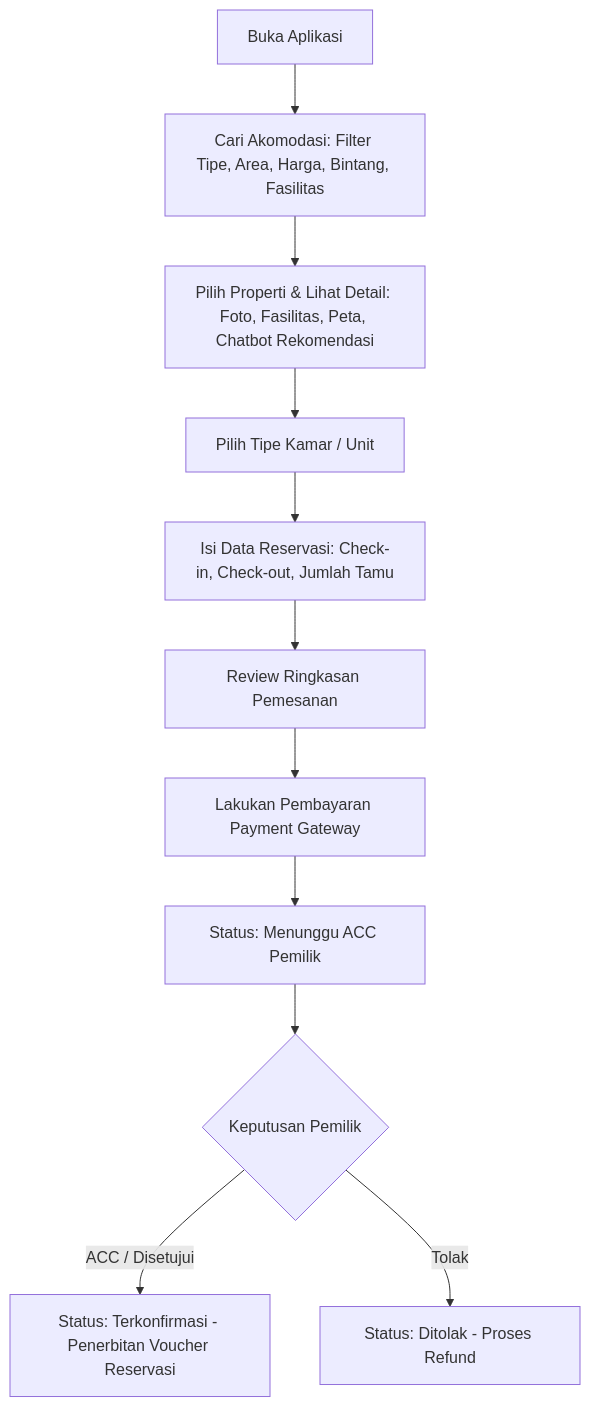
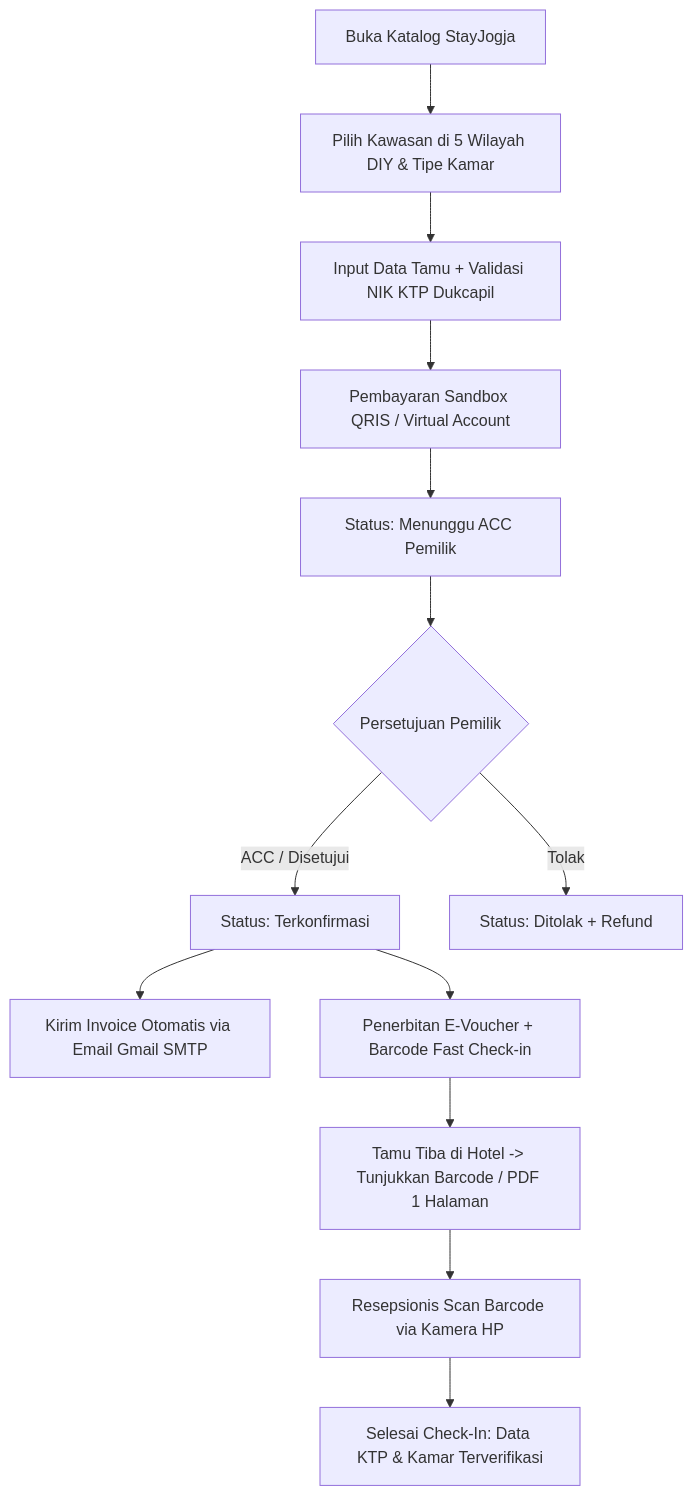
Before and after one commit to raynor19/Stayjogja: the first of 2 diagrams in prd.md, drawn with Mermaid. The commit also changed other lines of this file, not shown here.

Commit message:
docs: update PRD to v2.0 reflecting current StayJogja features and business flow

````diff
--- a/prd.md
+++ b/prd.md
@@ -70,13 +77,15 @@
 ```mermaid
 flowchart TD
-    A[Buka Aplikasi] --> B[Cari Akomodasi: Filter Tipe, Area, Harga, Bintang, Fasilitas]
-    B --> C[Pilih Properti & Lihat Detail: Foto, Fasilitas, Peta, Chatbot Rekomendasi]
-    C --> D[Pilih Tipe Kamar / Unit]
-    D --> E[Isi Data Reservasi: Check-in, Check-out, Jumlah Tamu]
-    E --> F[Review Ringkasan Pemesanan]
-    F --> G[Lakukan Pembayaran Payment Gateway]
-    G --> H[Status: Menunggu ACC Pemilik]
-    H --> I{Keputusan Pemilik}
-    I -->|ACC / Disetujui| J[Status: Terkonfirmasi - Penerbitan Voucher Reservasi]
-    I -->|Tolak| K[Status: Ditolak - Proses Refund]
+    A[Buka Katalog StayJogja] --> B[Pilih Kawasan di 5 Wilayah DIY & Tipe Kamar]
+    B --> C[Input Data Tamu + Validasi NIK KTP Dukcapil]
+    C --> D[Pembayaran Sandbox QRIS / Virtual Account]
+    D --> E[Status: Menunggu ACC Pemilik]
+    E --> F{Persetujuan Pemilik}
+    F -->|ACC / Disetujui| G[Status: Terkonfirmasi]
+    G --> H[Kirim Invoice Otomatis via Email Gmail SMTP]
+    G --> I[Penerbitan E-Voucher + Barcode Fast Check-in]
+    I --> J[Tamu Tiba di Hotel -> Tunjukkan Barcode / PDF 1 Halaman]
+    J --> K[Resepsionis Scan Barcode via Kamera HP]
+    K --> L[Selesai Check-In: Data KTP & Kamar Terverifikasi]
+    F -->|Tolak| M[Status: Ditolak + Refund]
 ```
````
